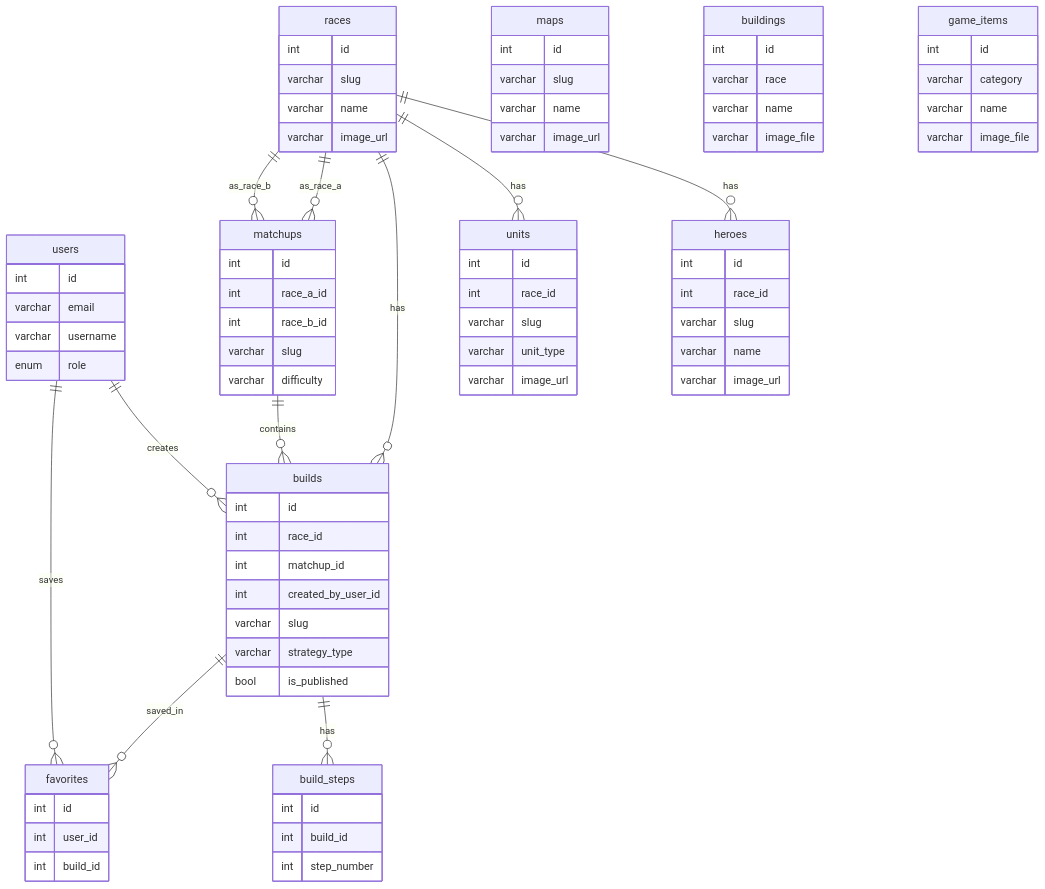
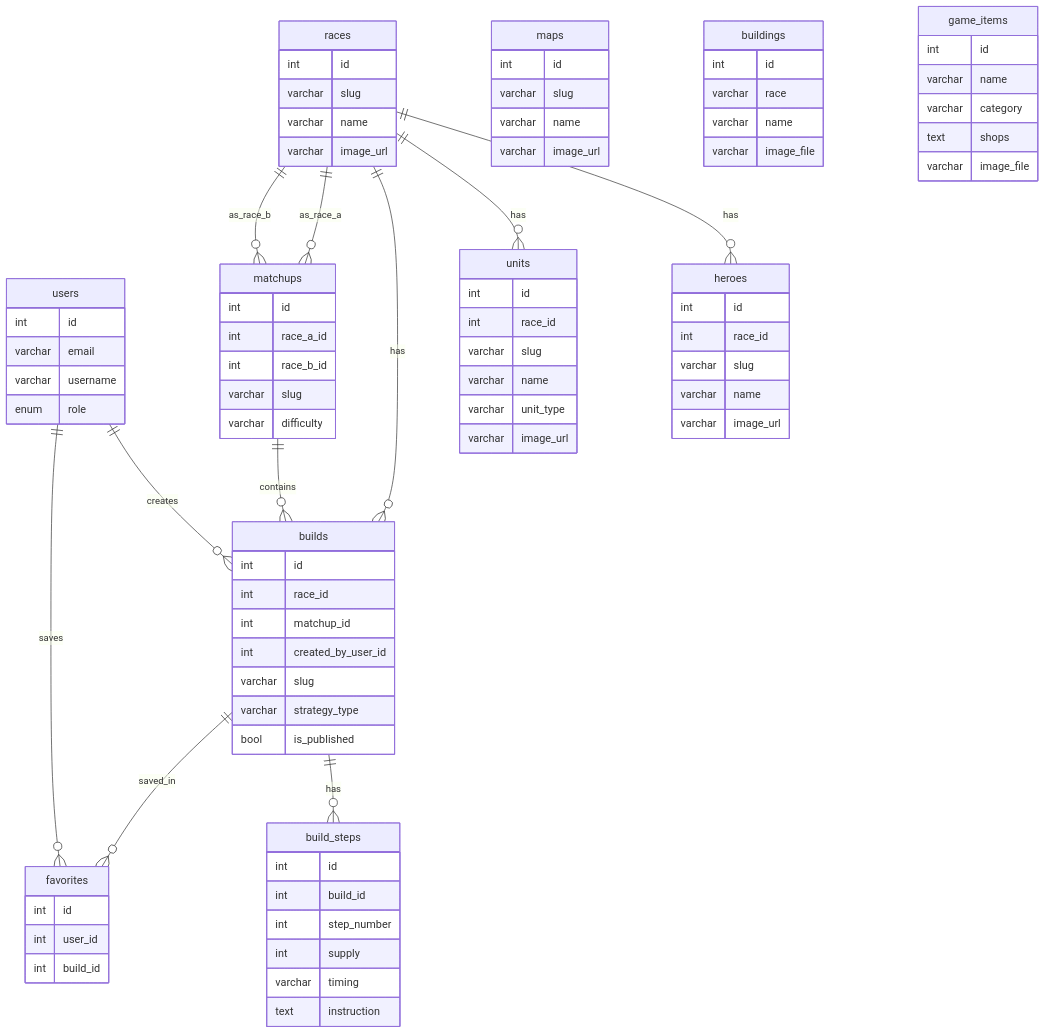
Before and after one commit to Svetoslav-Dev/wc3-matchup-guide: the diagram in README.md, drawn with Mermaid. The commit also changed other lines of this file, not shown here.

````diff
--- a/README.md
+++ b/README.md
@@ -178,6 +178,7 @@
     int id
     int race_id
     varchar slug
+    varchar name
     varchar unit_type
     varchar image_url
   }
@@ -207,6 +208,9 @@
     int id
     int build_id
     int step_number
+    int supply
+    varchar timing
+    text instruction
   }
   favorites {
     int id
@@ -221,8 +225,9 @@
   }
   game_items {
     int id
+    varchar name
     varchar category
-    varchar name
+    text shops
     varchar image_file
   }
 ```
````
